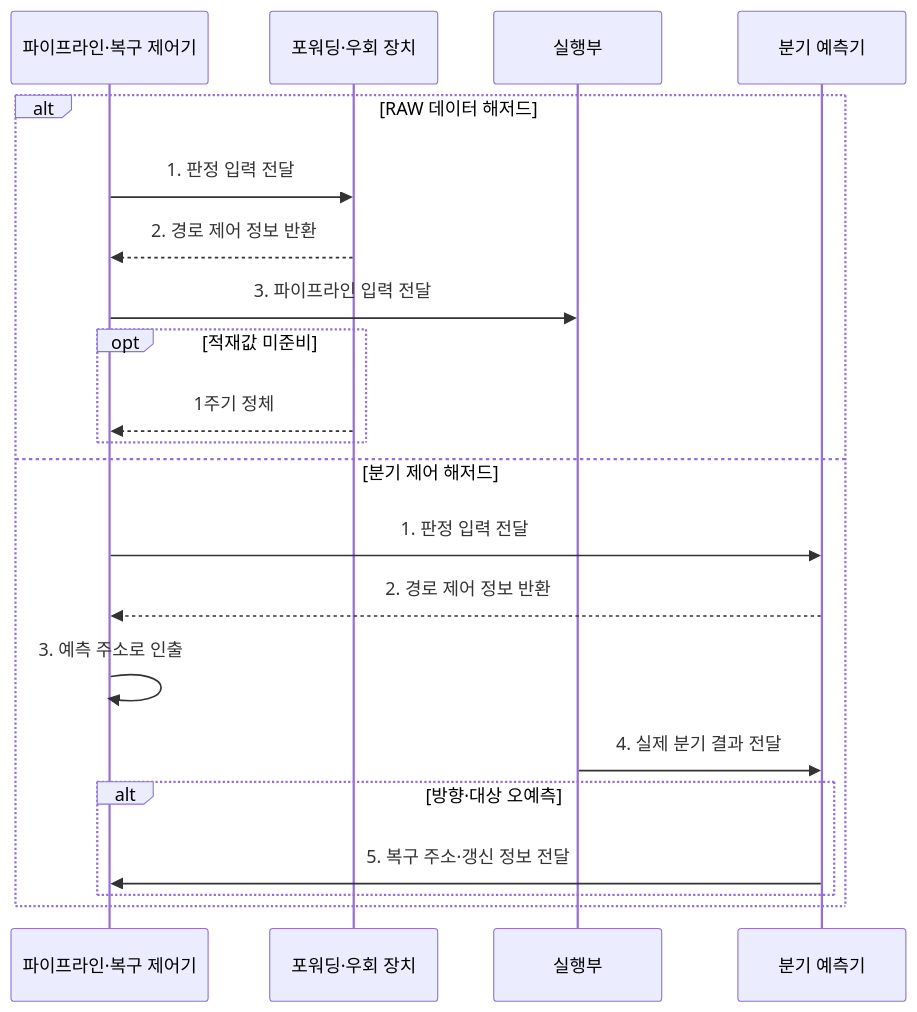
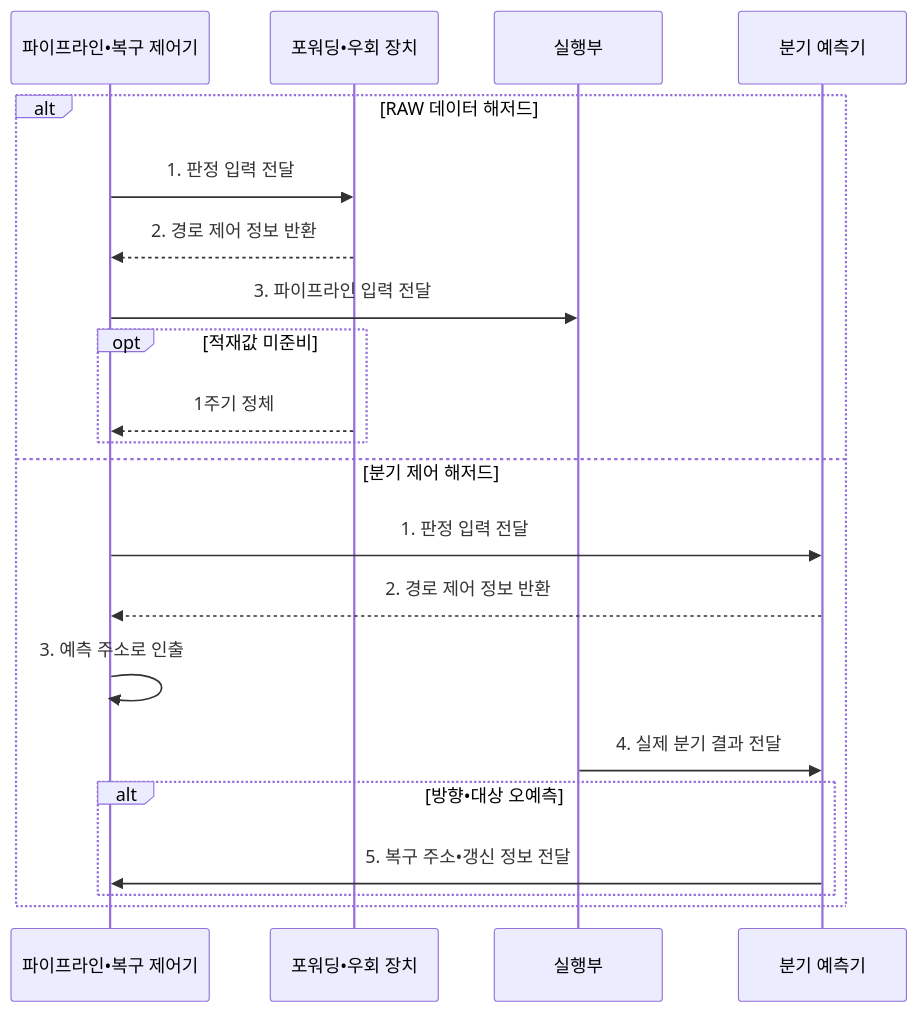
Before and after one commit to agnusdei1207/knowledge-base: the second of 2 diagrams in src/content/docs/notes/02-hardware/008_pipeline_forwarding_branch_prediction.md, drawn with Mermaid. The commit also changed other lines of this file and 953 other files, not shown here.

````diff
--- a/src/content/docs/notes/02-hardware/008_pipeline_forwarding_branch_prediction.md
+++ b/src/content/docs/notes/02-hardware/008_pipeline_forwarding_branch_prediction.md
@@ -105,23 +105,23 @@
 ```mermaid
 sequenceDiagram
-    participant C as 파이프라인·복구 제어기
-    participant D as 포워딩·우회 장치
+    participant C as 파이프라인•복구 제어기
+    participant D as 포워딩•우회 장치
     participant E as 실행부
     participant B as 분기 예측기
     alt RAW 데이터 해저드
         C->>D: 1. 판정 입력 전달
         D-->>C: 2. 경로 제어 정보 반환
         C->>E: 3. 파이프라인 입력 전달
         opt 적재값 미준비
             D-->>C: 1주기 정체
         end
     else 분기 제어 해저드
         C->>B: 1. 판정 입력 전달
         B-->>C: 2. 경로 제어 정보 반환
         C->>C: 3. 예측 주소로 인출
         E->>B: 4. 실제 분기 결과 전달
-        alt 방향·대상 오예측
-            B->>C: 5. 복구 주소·갱신 정보 전달
+        alt 방향•대상 오예측
+            B->>C: 5. 복구 주소•갱신 정보 전달
         end
     end
 ```
````
